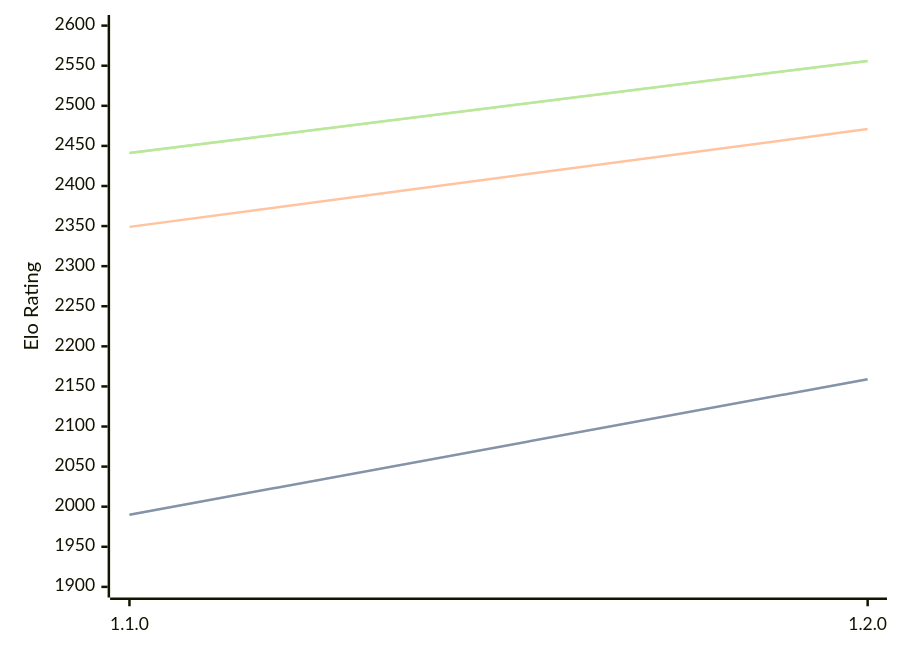
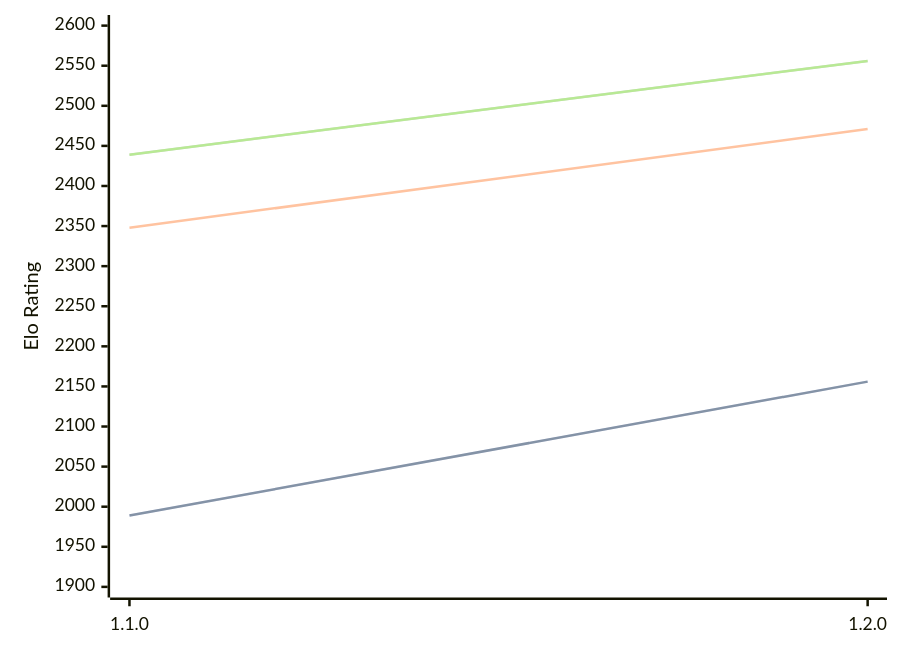
The diagram in engines/Gyatso.md (computer-chess-index/cci), drawn with Mermaid before and after one commit. The commit also changed other lines of this file, not shown here.

Commit message:
Update CCI Ratings (ELO VLTC) - 2026-03-30

````diff
--- a/engines/Gyatso.md
+++ b/engines/Gyatso.md
@@ -33,11 +33,11 @@
 ```mermaid
 %%{init: {"theme":"base","themeVariables":{"seriesColors:['#a3a3a3','#222221','#faa371']}}}%%
 xychart-beta
   x-axis ["1.1.0", "1.2.0"]
   y-axis "Elo Rating" 1900 --> 2600
-  line "STC (8.0+0.08s)" [1990, 2159]
-  line "STC (8.0+0.08s)" [1990, 2159]
-  line "LTC (60.0+0.60s)" [2349, 2471]
-  line "VLTC (2m24s+1.12s)" [2441, 2556]
-  line "VLTC (2m24s+1.12s)" [2441, 2556]
+  line "STC (8.0+0.08s)" [1989, 2156]
+  line "STC (8.0+0.08s)" [1989, 2156]
+  line "LTC (60.0+0.60s)" [2348, 2471]
+  line "VLTC (2m24s+1.12s)" [2439, 2556]
+  line "VLTC (2m24s+1.12s)" [2439, 2556]
 ```
````
